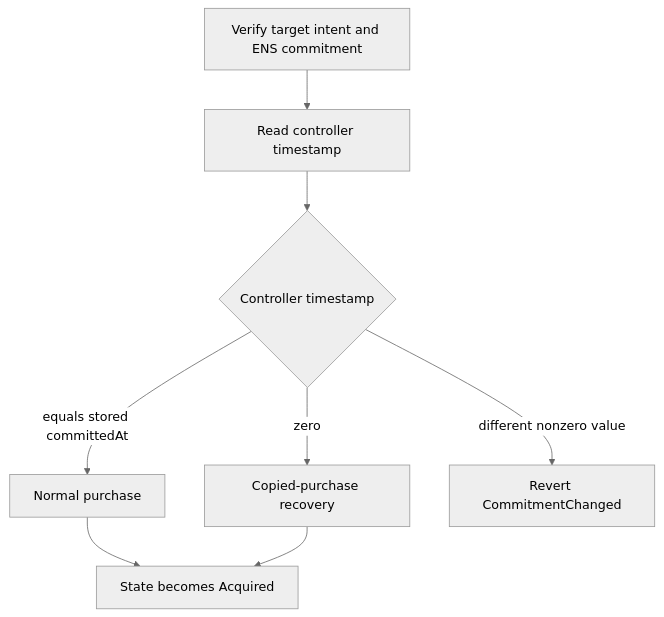
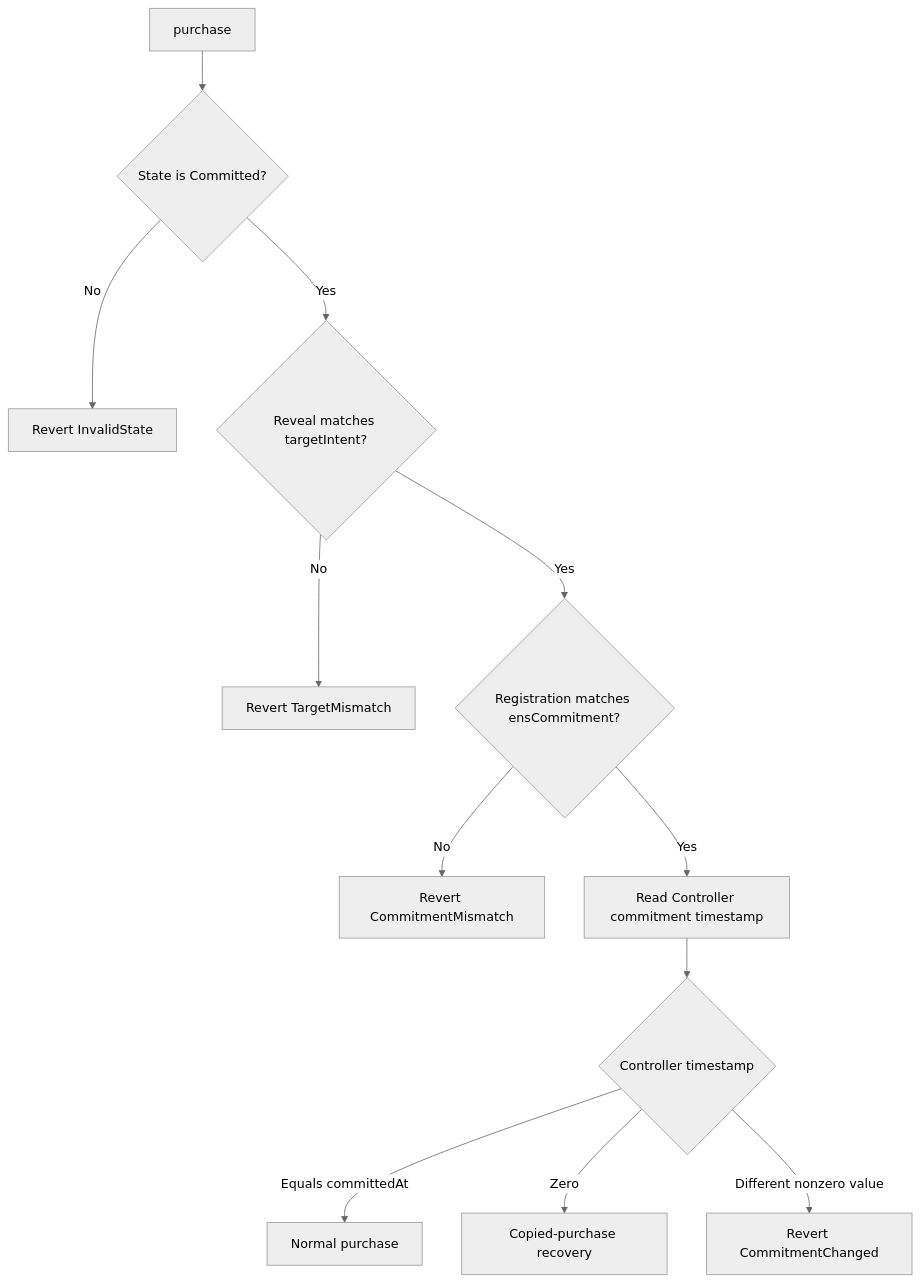
The seventh of 10 diagrams in packages/contracts/ARCHITECTURE.md (thenamespace/ens-diamonds), drawn with Mermaid (neutral theme) before and after one commit. The commit also changed other lines of this file and 1 other file, not shown here.

Commit message:
docs(contracts): refine architecture user flows

````diff
--- a/packages/contracts/ARCHITECTURE.md
+++ b/packages/contracts/ARCHITECTURE.md
@@ -650,10 +520,14 @@
 ```mermaid
 flowchart TD
-    Reveal["Verify target intent and ENS commitment"] --> Read["Read controller timestamp"]
-    Read --> Compare{"Controller timestamp"}
-    Compare -->|"equals stored committedAt"| Normal["Normal purchase"]
-    Compare -->|"zero"| Copied["Copied-purchase recovery"]
-    Compare -->|"different nonzero value"| Changed["Revert CommitmentChanged"]
-    Normal --> Acquired["State becomes Acquired"]
-    Copied --> Acquired
+    A["purchase"] --> B{"State is Committed?"}
+    B -->|"No"| BR["Revert InvalidState"]
+    B -->|"Yes"| C{"Reveal matches targetIntent?"}
+    C -->|"No"| CR["Revert TargetMismatch"]
+    C -->|"Yes"| D{"Registration matches ensCommitment?"}
+    D -->|"No"| DR["Revert CommitmentMismatch"]
+    D -->|"Yes"| E["Read Controller commitment timestamp"]
+    E --> F{"Controller timestamp"}
+    F -->|"Equals committedAt"| G["Normal purchase"]
+    F -->|"Zero"| H["Copied-purchase recovery"]
+    F -->|"Different nonzero value"| I["Revert CommitmentChanged"]
 ```
````
